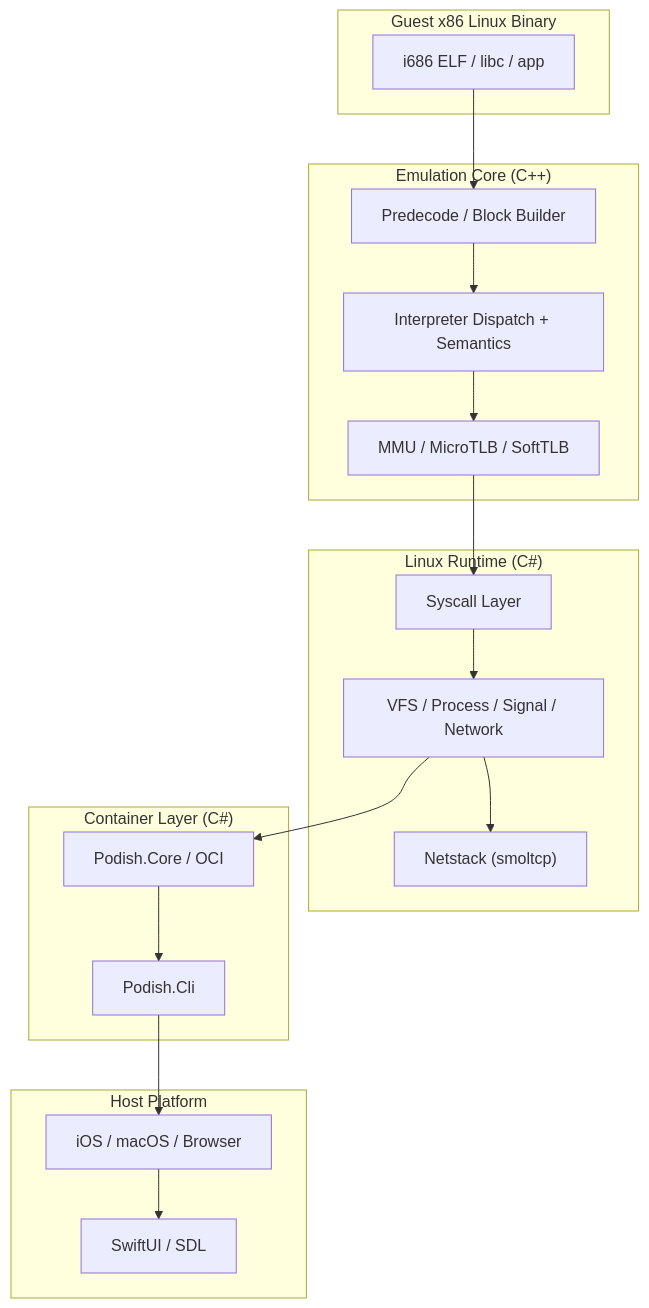
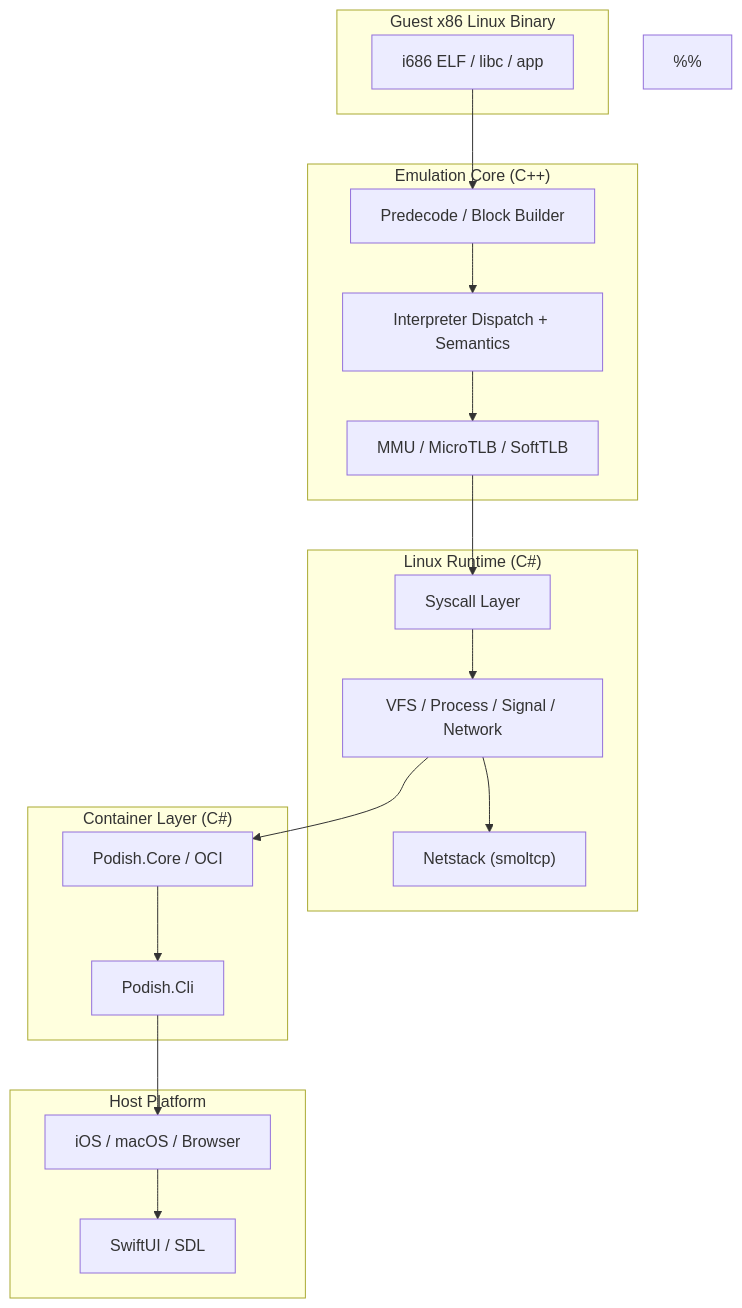
Before and after one commit to meokit/meokit.github.io: the first of 7 diagrams in src/data/blog/podish-technique-report-zh_CN.md, drawn with Mermaid. The commit also changed other lines of this file and 4 other files, not shown here.

First line of the commit message:
feat(build): replace rehype-mermaid with astro-mermaid and update Mermaid diagrams

````diff
--- a/src/data/blog/podish-technique-report-zh_CN.md
+++ b/src/data/blog/podish-technique-report-zh_CN.md
@@ -100,39 +100,40 @@
 ```mermaid
 flowchart TB
     subgraph Guest["Guest x86 Linux Binary"]
         A["i686 ELF / libc / app"]
     end
 
     subgraph Core["Emulation Core (C++)"]
         B["Predecode / Block Builder"]
         C["Interpreter Dispatch + Semantics"]
         D["MMU / MicroTLB / SoftTLB"]
     end
 
     subgraph Runtime["Linux Runtime (C#)"]
         E["Syscall Layer"]
         F["VFS / Process / Signal / Network"]
         G["Netstack (smoltcp)"]
     end
 
     subgraph Orchestration["Container Layer (C#)"]
         H["Podish.Core / OCI"]
         I["Podish.Cli"]
     end
 
     subgraph Host["Host Platform"]
         J["iOS / macOS / Browser"]
         K["SwiftUI / SDL"]
     end
 
     A --> B
     B --> C
     C --> D
     D --> E
     E --> F
     F --> G
     F --> H
     H --> I
     I --> J
     J --> K
-```
+%%
+ ```
````
